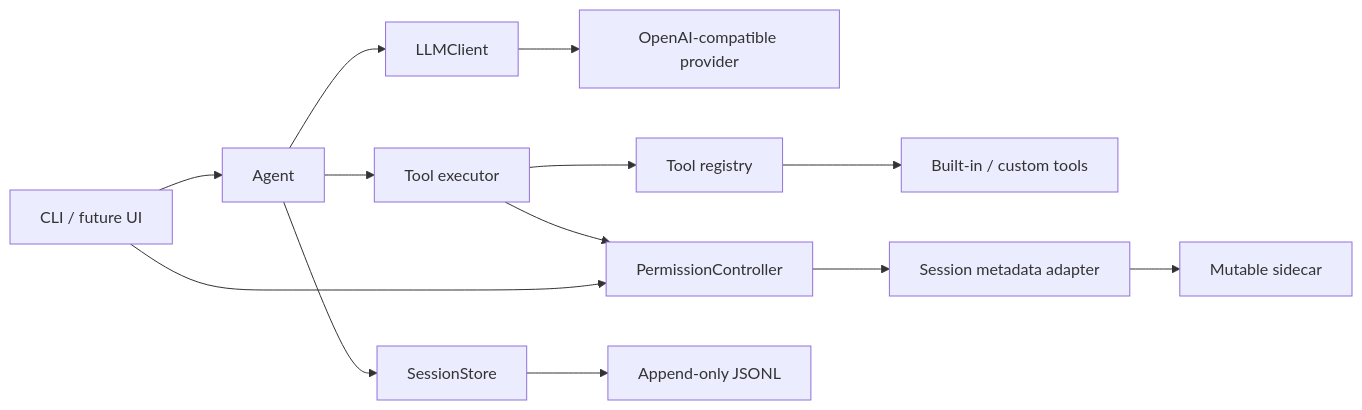
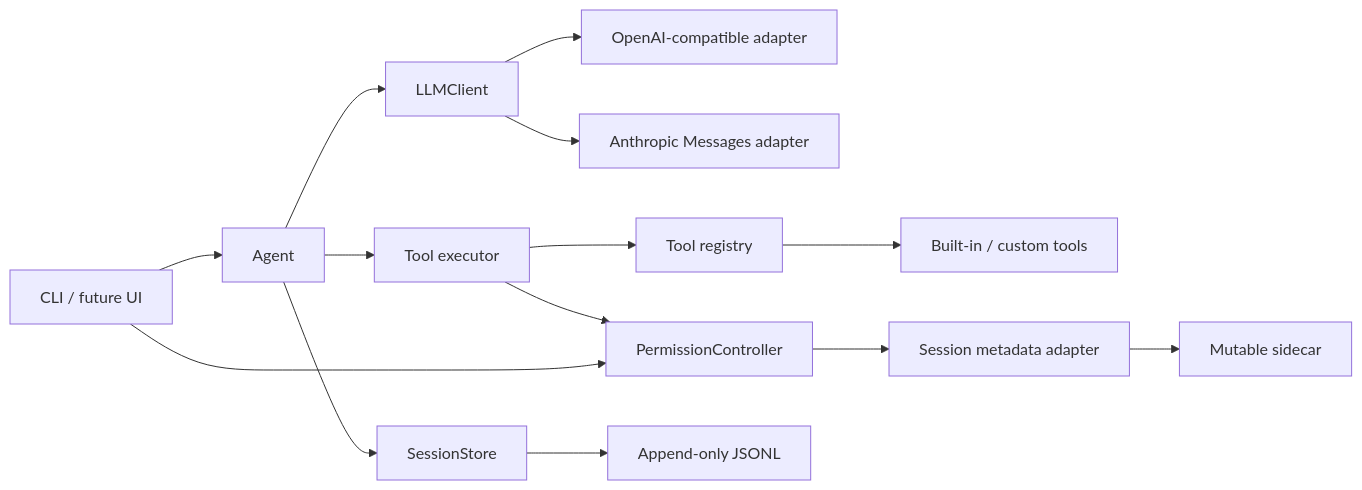
Before and after one commit to kestiny18/Noval: the diagram in README.md, drawn with Mermaid. The commit also changed other lines of this file and 5 other files, not shown here.

Commit message:
docs: document v0.9 provider architecture

````diff
--- a/README.md
+++ b/README.md
@@ -44,15 +44,16 @@
 ```mermaid
 flowchart LR
     CLI["CLI / future UI"] --> Agent
     Agent --> Client["LLMClient"]
-    Client --> Provider["OpenAI-compatible provider"]
+    Client --> OpenAI["OpenAI-compatible adapter"]
+    Client --> Anthropic["Anthropic Messages adapter"]
     Agent --> Executor["Tool executor"]
     CLI --> Permissions["PermissionController"]
     Executor --> Permissions
     Executor --> Registry["Tool registry"]
     Registry --> Builtins["Built-in / custom tools"]
     Agent --> Store["SessionStore"]
     Store --> JSONL["Append-only JSONL"]
     Permissions --> Metadata["Session metadata adapter"]
     Metadata --> Sidecar["Mutable sidecar"]
 ```
````
